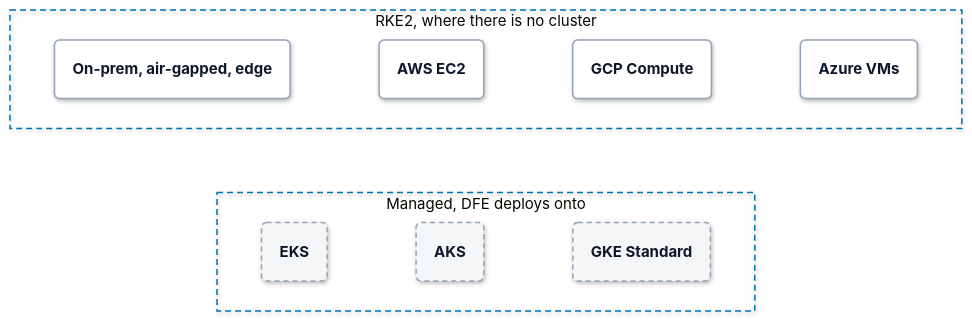
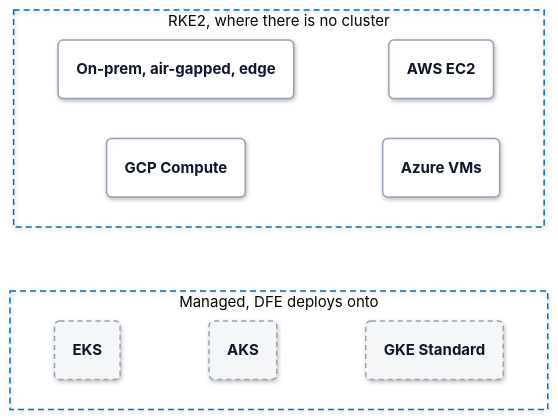
Before and after one commit to hyperi-io/dfe-infra: the second of 2 diagrams in docs/deployment/rke2.md, drawn with Mermaid. The commit also changed other lines of this file and 17 other files, not shown here.

First line of the commit message:
docs(architecture): map suite in architecture.md and fit charts to 860 px (#1152)

```diff
--- a/docs/deployment/rke2.md
+++ b/docs/deployment/rke2.md
@@ -175,16 +176,15 @@
 flowchart TB
     accTitle: L4 Detail -- Where RKE2 runs
     accDescr: Where there is no cluster, RKE2 is the one distribution on on-prem hardware, AWS EC2, GCP Compute and Azure VMs. On a managed cluster, EKS, AKS or GKE Standard, DFE deploys onto what the cloud runs.
-
     subgraph rke2["RKE2, where there is no cluster"]
         direction LR
         onprem("<b>On-prem, air-gapped, edge</b>")
         ec2("<b>AWS EC2</b>")
         gce("<b>GCP Compute</b>")
         azvm("<b>Azure VMs</b>")
-        onprem ~~~ ec2 ~~~ gce ~~~ azvm
+        onprem ~~~ ec2
+        gce ~~~ azvm
     end
-
     subgraph managed["Managed, DFE deploys onto"]
         direction LR
         eks("<b>EKS</b>")
@@ -192,9 +192,7 @@
         gke("<b>GKE Standard</b>")
         eks ~~~ aks ~~~ gke
     end
-
     rke2 ~~~ managed
-
     class onprem,ec2,gce,azvm part
     class eks,aks,gke ext
   classDef ext fill:#F4F6F8,stroke:#94A3B8,stroke-width:1.5px,stroke-dasharray:5 4,color:#0F172A
```
